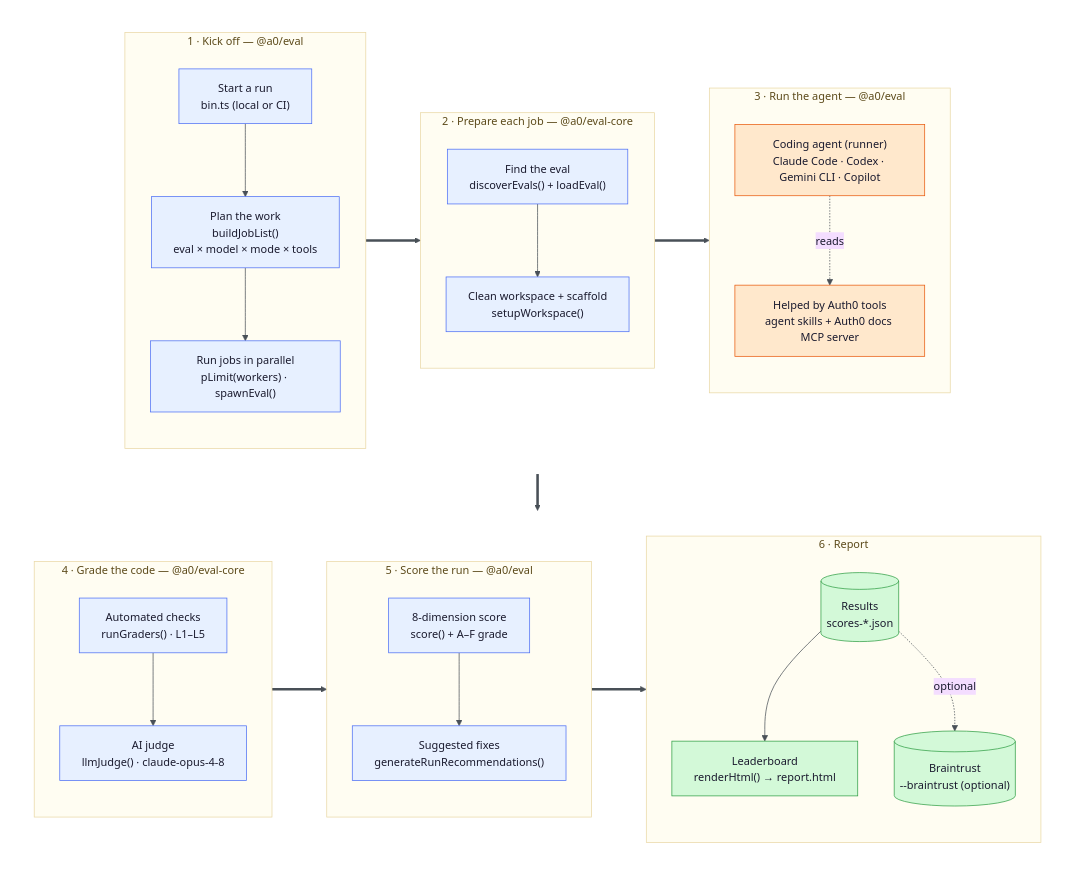
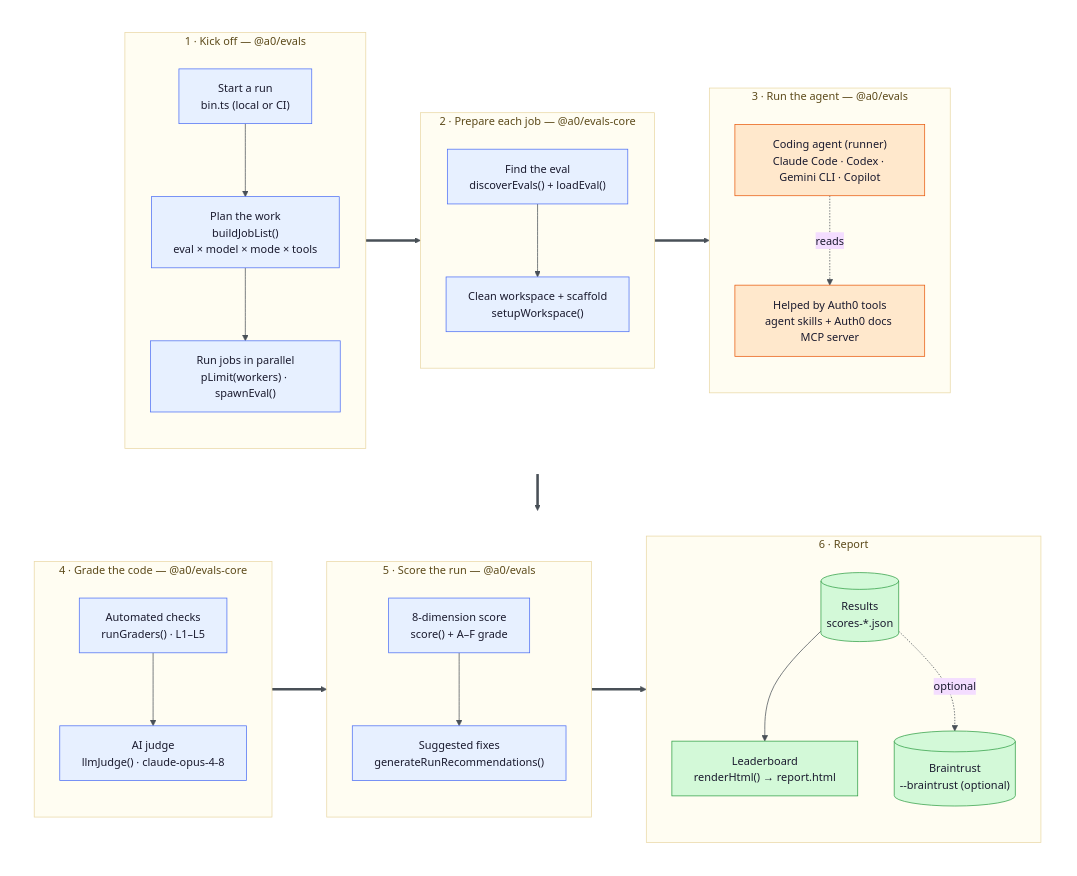
One commit to auth0/auth0-evals changed the first of 2 diagrams in docs/ARCHITECTURE.md. Above: the diagram before and after it, drawn with Mermaid. The commit also changed other lines of this file and 270 other files, not shown here.

First line of the commit message:
chore: rename eval packages to evals (#124)

````diff
--- a/docs/ARCHITECTURE.md
+++ b/docs/ARCHITECTURE.md
@@ -16,77 +16,77 @@
 ```mermaid
 %%{init: {'theme':'base', 'themeVariables': {
   'fontFamily':'ui-sans-serif, system-ui, sans-serif',
   'fontSize':'15px',
   'lineColor':'#495057','primaryTextColor':'#1A1A2E'
 }}}%%
 flowchart TB
     subgraph RowA[" "]
         direction LR
-        subgraph CLI["1 · Kick off — @a0/eval"]
+        subgraph CLI["1 · Kick off — @a0/evals"]
             direction TB
             Bin["Start a run<br/>bin.ts (local or CI)"]
             Matrix["Plan the work<br/>buildJobList()<br/>eval × model × mode × tools"]
             Pool["Run jobs in parallel<br/>pLimit(workers) · spawnEval()"]
             Bin --> Matrix --> Pool
         end
 
-        subgraph Setup["2 · Prepare each job — @a0/eval-core"]
+        subgraph Setup["2 · Prepare each job — @a0/evals-core"]
             direction TB
             Discover["Find the eval<br/>discoverEvals() + loadEval()"]
             WS["Clean workspace + scaffold<br/>setupWorkspace()"]
             Discover --> WS
         end
 
-        subgraph Exec["3 · Run the agent — @a0/eval"]
+        subgraph Exec["3 · Run the agent — @a0/evals"]
             direction TB
             Runners["Coding agent (runner)<br/>Claude Code · Codex · Gemini CLI · Copilot"]
             Invest["Helped by Auth0 tools<br/>agent skills + Auth0 docs MCP server"]
             Runners -. reads .-> Invest
         end
     end
 
     subgraph RowB[" "]
         direction LR
-        subgraph Grade["4 · Grade the code — @a0/eval-core"]
+        subgraph Grade["4 · Grade the code — @a0/evals-core"]
             direction TB
             Engine["Automated checks<br/>runGraders() · L1–L5"]
             Judge["AI judge<br/>llmJudge() · claude-opus-4-8"]
             Engine --> Judge
         end
 
-        subgraph Score["5 · Score the run — @a0/eval"]
+        subgraph Score["5 · Score the run — @a0/evals"]
             direction TB
             Scorer["8-dimension score<br/>score() + A–F grade"]
             Recs["Suggested fixes<br/>generateRunRecommendations()"]
             Scorer --> Recs
         end
 
         subgraph Storage["6 · Report"]
             direction TB
             Results[("Results<br/>scores-*.json")]
             Report["Leaderboard<br/>renderHtml() → report.html"]
             BT[("Braintrust<br/>--braintrust (optional)")]
             Results --> Report
             Results -. optional .-> BT
         end
     end
 
     Pool ==> Discover
     WS ==> Runners
     Runners ==> Engine
     Judge ==> Scorer
     Recs ==> Results
 
     classDef control fill:#E7F0FF,stroke:#4C6EF5,color:#1A1A2E;
     classDef work    fill:#FFE8CC,stroke:#E8590C,color:#1A1A2E;
     classDef data    fill:#D3F9D8,stroke:#2F9E44,color:#1A1A2E;
 
     class Bin,Matrix,Pool,Discover,WS,Engine,Judge,Scorer,Recs control;
     class Runners,Invest work;
     class Results,Report,BT data;
 
     classDef cluster fill:#FFFDF2,stroke:#E9D8A6,color:#5C4A1A;
     class CLI,Setup,Exec,Grade,Score,Storage cluster;
     style RowA fill:none,stroke:none;
     style RowB fill:none,stroke:none;
 ```
````
